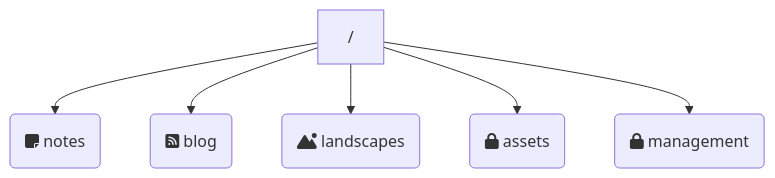
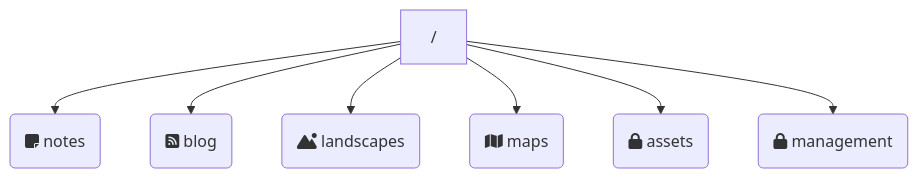
Before and after one commit to quantumgardener/qg.blog: the diagram in content/notes/Quartz 4.md, drawn with Mermaid. The commit also changed other lines of this file and 7 other files, not shown here.

````diff
--- a/content/notes/Quartz 4.md
+++ b/content/notes/Quartz 4.md
@@ -16,8 +15,9 @@
 ```mermaid
 flowchart TD
     A["/"] --> B(fa:fa-note-sticky notes)
     A --> C(fa:fa-square-rss blog)
     A --> F(fa:fa-mountain-sun landscapes)
+    A --> M(fa:fa-map maps)
     A --> D(fa:fa-lock assets)
     A --> G(fa:fa-lock management)
 ```
````
